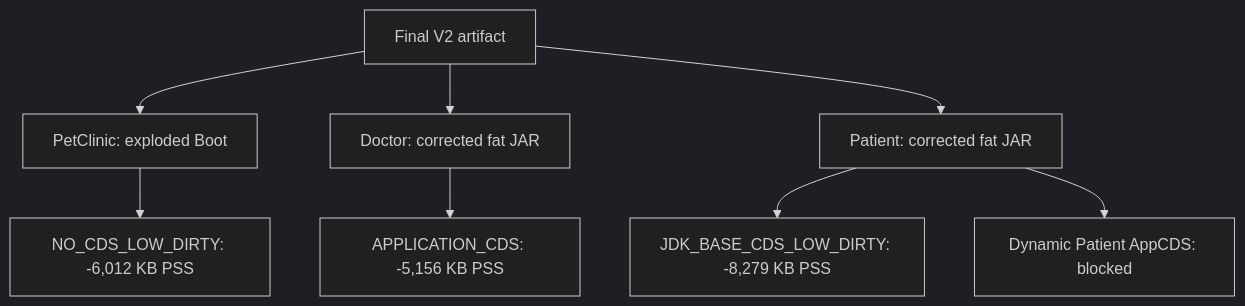
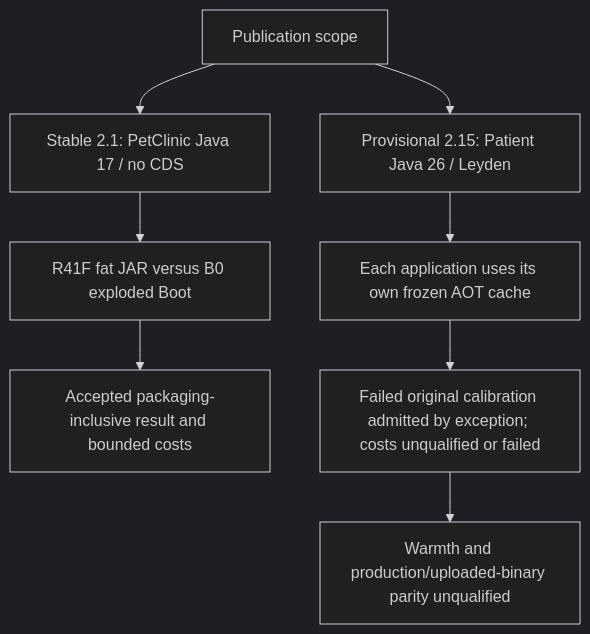
Before and after one commit to AlphaSudo/jmoa-jvm-optimization-portfolio: the diagram in ASSETS/diagrams/runtime-modes.mmd, drawn with Mermaid (dark theme). The commit also changed 37 other files, not shown here.

Commit message:
Update portfolio for stable 2.1 and provisional Patient evidence

```diff
--- a/ASSETS/diagrams/runtime-modes.mmd
+++ b/ASSETS/diagrams/runtime-modes.mmd
@@ -1,8 +1,8 @@
 flowchart TB
-  A["Final V2 artifact"] --> B["PetClinic: exploded Boot"]
-  A --> C["Doctor: corrected fat JAR"]
-  A --> D["Patient: corrected fat JAR"]
-  B --> E["NO_CDS_LOW_DIRTY: -6,012 KB PSS"]
-  C --> F["APPLICATION_CDS: -5,156 KB PSS"]
-  D --> G["JDK_BASE_CDS_LOW_DIRTY: -8,279 KB PSS"]
-  D --> H["Dynamic Patient AppCDS: blocked"]
+  A["Publication scope"] --> B["Stable 2.1: PetClinic Java 17 / no CDS"]
+  A --> C["Provisional 2.15: Patient Java 26 / Leyden"]
+  B --> D["R41F fat JAR versus B0 exploded Boot"]
+  D --> E["Accepted packaging-inclusive result and bounded costs"]
+  C --> F["Each application uses its own frozen AOT cache"]
+  F --> G["Failed original calibration admitted by exception; costs unqualified or failed"]
+  G --> H["Warmth and production/uploaded-binary parity unqualified"]
```
